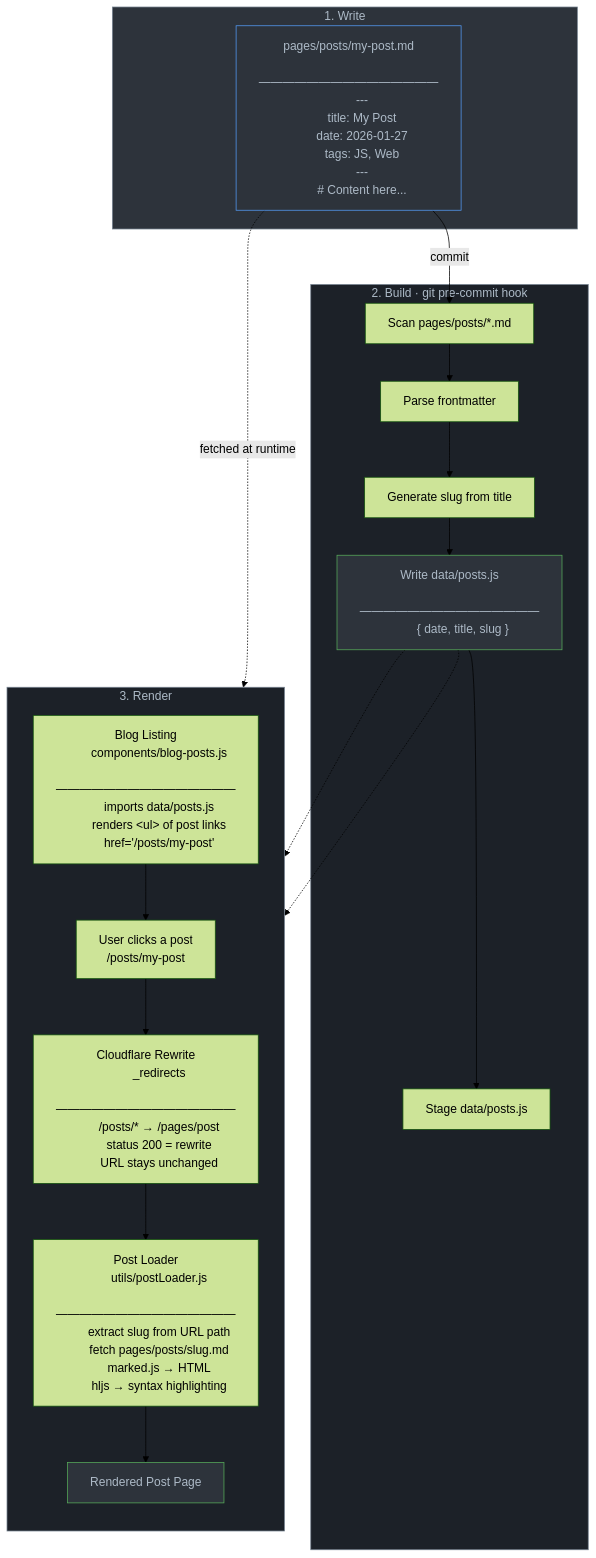
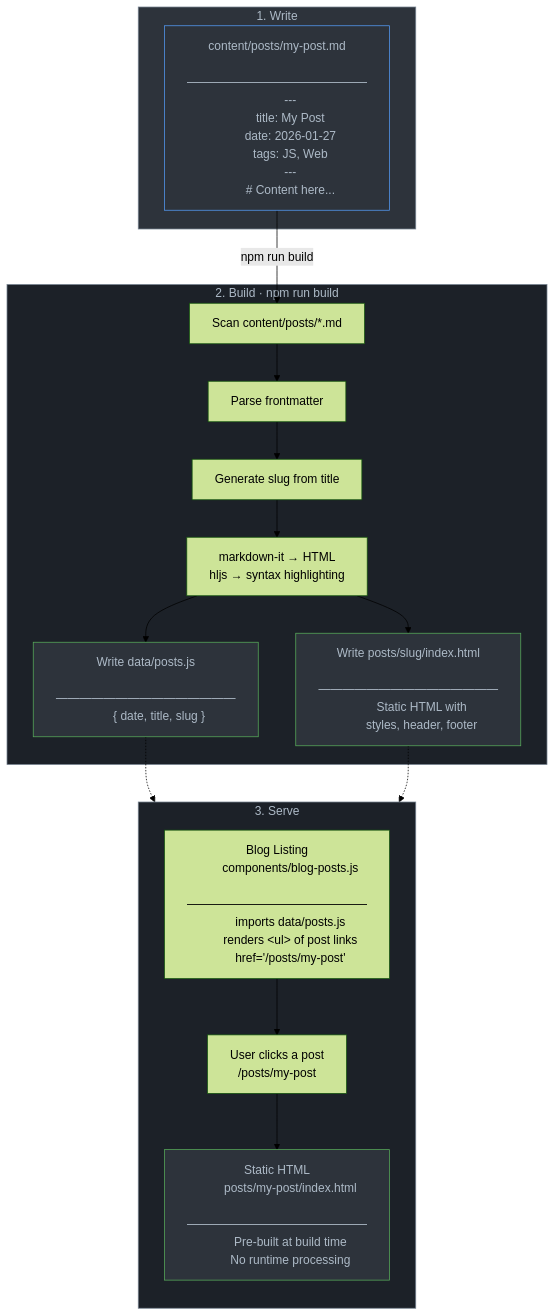
The diagram in README.md (lylaminju/personal-website), drawn with Mermaid (forest theme) before and after one commit. The commit also changed other lines of this file, not shown here.

Commit message:
modify mermaid

````diff
--- a/README.md
+++ b/README.md
@@ -12,68 +12,63 @@
 ```mermaid
 flowchart TB
     subgraph Write["1. Write"]
-        md["pages/posts/my-post.md
+        md["content/posts/my-post.md
         ―――――――――――――――
         ---
         title: My Post
         date: 2026-01-27
         tags: JS, Web
         ---
         # Content here..."]
     end
 
-    subgraph Build["2. Build · git pre-commit hook"]
-        scan[Scan pages/posts/*.md]
+    subgraph Build["2. Build · npm run build"]
+        scan[Scan content/posts/*.md]
         parse[Parse frontmatter]
         slug[Generate slug from title]
-        write["Write data/posts.js
+        render_md["markdown-it → HTML
+        hljs → syntax highlighting"]
+        write_html["Write posts/slug/index.html
+        ―――――――――――――――
+        Static HTML with
+        styles, header, footer"]
+        write_data["Write data/posts.js
         ―――――――――――――――
         { date, title, slug }"]
-        stage[Stage data/posts.js]
-        scan --> parse --> slug --> write --> stage
+        scan --> parse --> slug --> render_md --> write_html
+        render_md --> write_data
     end
 
-    subgraph Render["3. Render"]
+    subgraph Serve["3. Serve"]
         direction TB
         list["Blog Listing
         components/blog-posts.js
         ―――――――――――――――
         imports data/posts.js
         renders &lt;ul&gt; of post links
         href='/posts/my-post'"]
 
         click_["User clicks a post
         /posts/my-post"]
 
-        rewrite["Cloudflare Rewrite
-        _redirects
+        static["Static HTML
+        posts/my-post/index.html
         ―――――――――――――――
-        /posts/* → /pages/post
-        status 200 = rewrite
-        URL stays unchanged"]
+        Pre-built at build time
+        No runtime processing"]
 
-        loader["Post Loader
-        utils/postLoader.js
-        ―――――――――――――――
-        extract slug from URL path
-        fetch pages/posts/slug.md
-        marked.js → HTML
-        hljs → syntax highlighting"]
-
-        page["Rendered Post Page"]
-
-        list --> click_ --> rewrite --> loader --> page
+        list --> click_ --> static
     end
 
-    md -->|commit| scan
-    write -.-> list
-    write -.-> loader
-    md -.->|fetched at runtime| loader
+    md -->|npm run build| scan
+    write_data -.-> list
+    write_html -.-> static
 
     style Write fill:#2d333b,stroke:#768390,color:#adbac7
     style Build fill:#1c2128,stroke:#768390,color:#adbac7
-    style Render fill:#1c2128,stroke:#768390,color:#adbac7
+    style Serve fill:#1c2128,stroke:#768390,color:#adbac7
     style md fill:#2d333b,stroke:#539bf5,color:#adbac7
-    style write fill:#2d333b,stroke:#57ab5a,color:#adbac7
-    style page fill:#2d333b,stroke:#57ab5a,color:#adbac7
+    style write_html fill:#2d333b,stroke:#57ab5a,color:#adbac7
+    style write_data fill:#2d333b,stroke:#57ab5a,color:#adbac7
+    style static fill:#2d333b,stroke:#57ab5a,color:#adbac7
 ```
````
